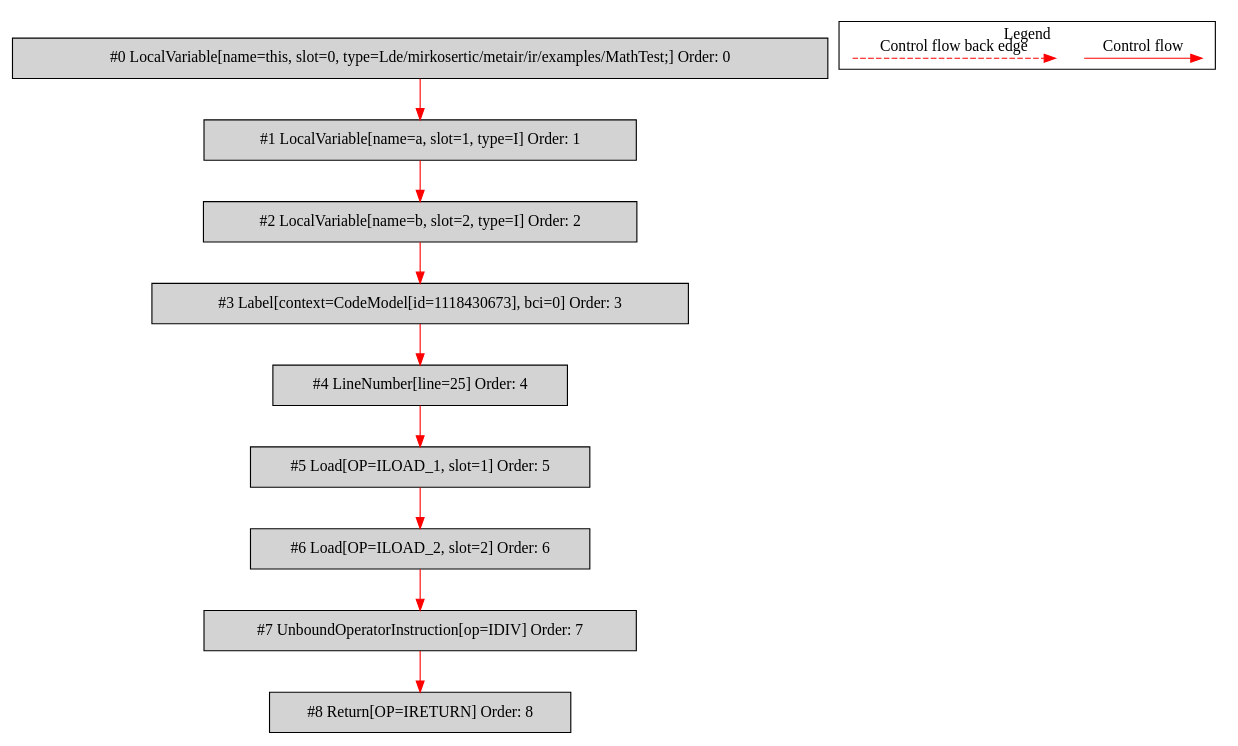
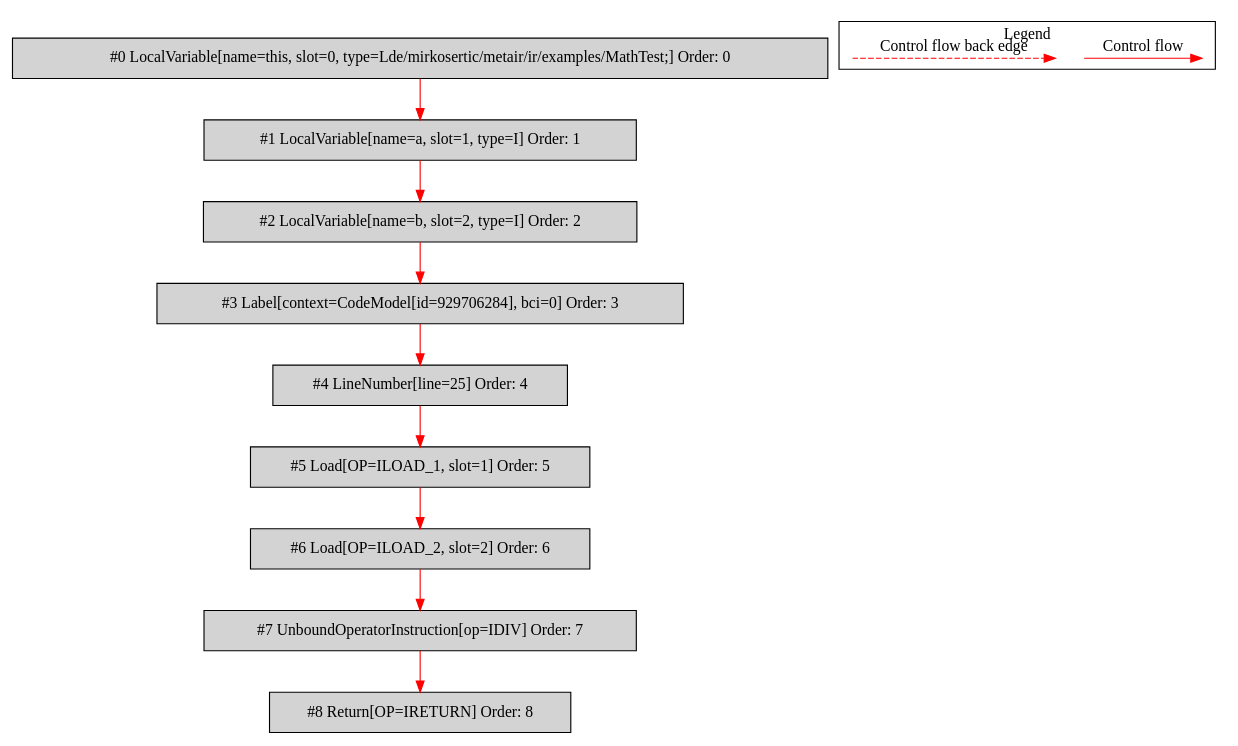
Before and after one commit to mirkosertic/MetaIR: the diagram in de.mirkosertic.metair.ir.examples.MathTest/idiv/bytecodecfg.dot, drawn with Graphviz. The commit also changed 506 other files, not shown here.

```diff
--- a/de.mirkosertic.metair.ir.examples.MathTest/idiv/bytecodecfg.dot
+++ b/de.mirkosertic.metair.ir.examples.MathTest/idiv/bytecodecfg.dot
@@ -1,33 +1,33 @@
 digraph {
  node0[label="#0 LocalVariable[name=this, slot=0, type=Lde/mirkosertic/metair/ir/examples/MathTest;] Order: 0", shape=box, fillcolor=lightgrey, style=filled];
  node1[label="#1 LocalVariable[name=a, slot=1, type=I] Order: 1", shape=box, fillcolor=lightgrey, style=filled];
  node2[label="#2 LocalVariable[name=b, slot=2, type=I] Order: 2", shape=box, fillcolor=lightgrey, style=filled];
- node3[label="#3 Label[context=CodeModel[id=1118430673], bci=0] Order: 3", shape=box, fillcolor=lightgrey, style=filled];
+ node3[label="#3 Label[context=CodeModel[id=929706284], bci=0] Order: 3", shape=box, fillcolor=lightgrey, style=filled];
  node4[label="#4 LineNumber[line=25] Order: 4", shape=box, fillcolor=lightgrey, style=filled];
  node5[label="#5 Load[OP=ILOAD_1, slot=1] Order: 5", shape=box, fillcolor=lightgrey, style=filled];
  node6[label="#6 Load[OP=ILOAD_2, slot=2] Order: 6", shape=box, fillcolor=lightgrey, style=filled];
  node7[label="#7 UnboundOperatorInstruction[op=IDIV] Order: 7", shape=box, fillcolor=lightgrey, style=filled];
  node8[label="#8 Return[OP=IRETURN] Order: 8", shape=box, fillcolor=lightgrey, style=filled];
  node0 -> node1[color=red];
  node1 -> node2[color=red];
  node2 -> node3[color=red];
  node3 -> node4[color=red];
  node4 -> node5[color=red];
  node5 -> node6[color=red];
  node6 -> node7[color=red];
  node7 -> node8[color=red];
  subgraph cluster_000 {
   label = "Legend";
   node [shape=point]
   {
    rank=same;
    c0 [style = invis];
    c1 [style = invis];
    c2 [style = invis];
    c3 [style = invis];
   }
   c0 -> c1 [label="Control flow", style=solid, color=red]
   c2 -> c3 [label="Control flow back edge", style=dashed, color=red]
  }
 
 }
```
